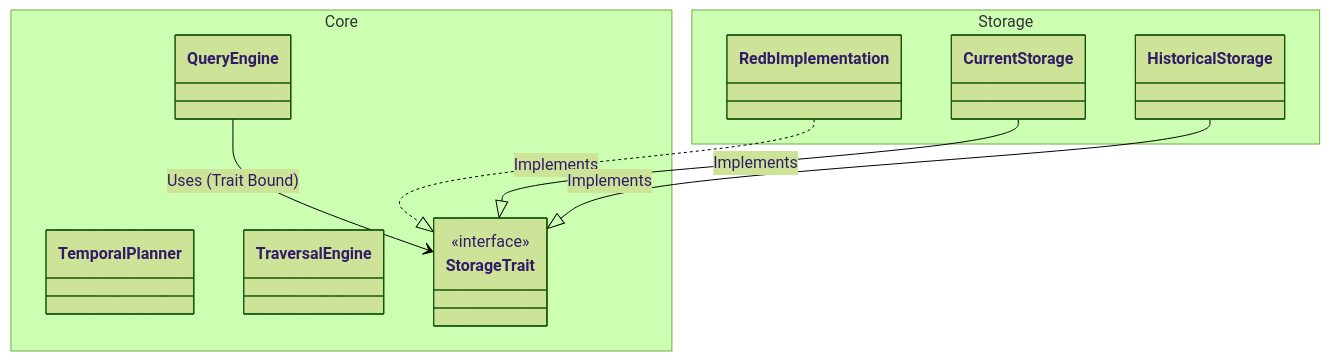
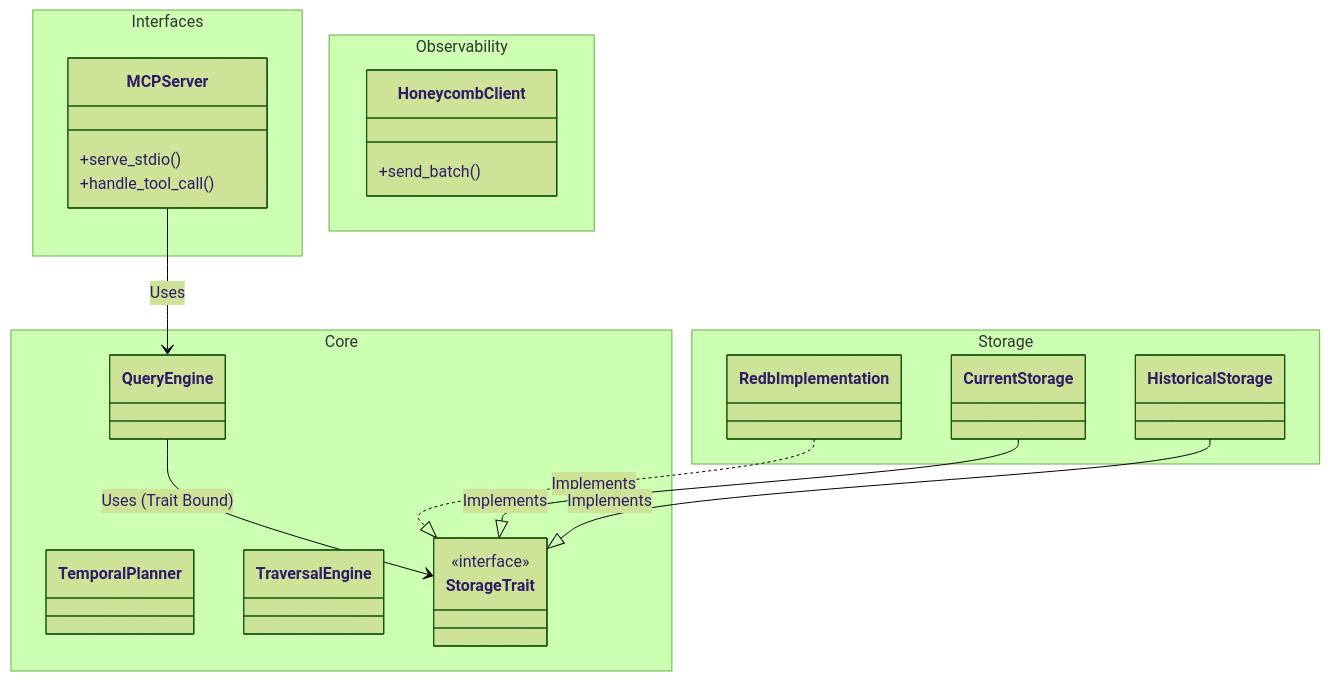
Before and after one commit to autumn-foundation/AletheiaDB: the second of 4 diagrams in docs/ARCHITECTURE.md, drawn with Mermaid (forest theme). The commit also changed other lines of this file and 2 other files, not shown here.

Commit message:
feat(docs): add ADRs for MCP and Honeycomb, update arch diagrams
- Added `docs/adr/0030-model-context-protocol.md` (Proposed)
- Added `docs/adr/0031-custom-honeycomb-client.md` (Proposed)
- Updated `docs/ARCHITECTURE.md`:
  - Fixed Mermaid C4Context syntax (Person macro)
  - Added `Observability` namespace and `HoneycombClient` to Class Diagram
  - Added AI Agent persona to C4 Context diagram

````diff
--- a/docs/ARCHITECTURE.md
+++ b/docs/ARCHITECTURE.md
@@ -75,22 +78,34 @@
 ```mermaid
 classDiagram
+    namespace Interfaces {
+        class MCPServer {
+            +serve_stdio()
+            +handle_tool_call()
+        }
+    }
     namespace Core {
         class QueryEngine
         class TemporalPlanner
         class TraversalEngine
         class StorageTrait {
             <<interface>>
         }
     }
     namespace Storage {
         class CurrentStorage
         class HistoricalStorage
         class RedbImplementation
     }
+    namespace Observability {
+        class HoneycombClient {
+            +send_batch()
+        }
+    }
 
+    MCPServer --> QueryEngine : Uses
     QueryEngine --> StorageTrait : Uses (Trait Bound)
     %% Removed the circular dependency arrow
     RedbImplementation ..|> StorageTrait : Implements
     CurrentStorage --|> StorageTrait : Implements
     HistoricalStorage --|> StorageTrait : Implements
 ```
````
